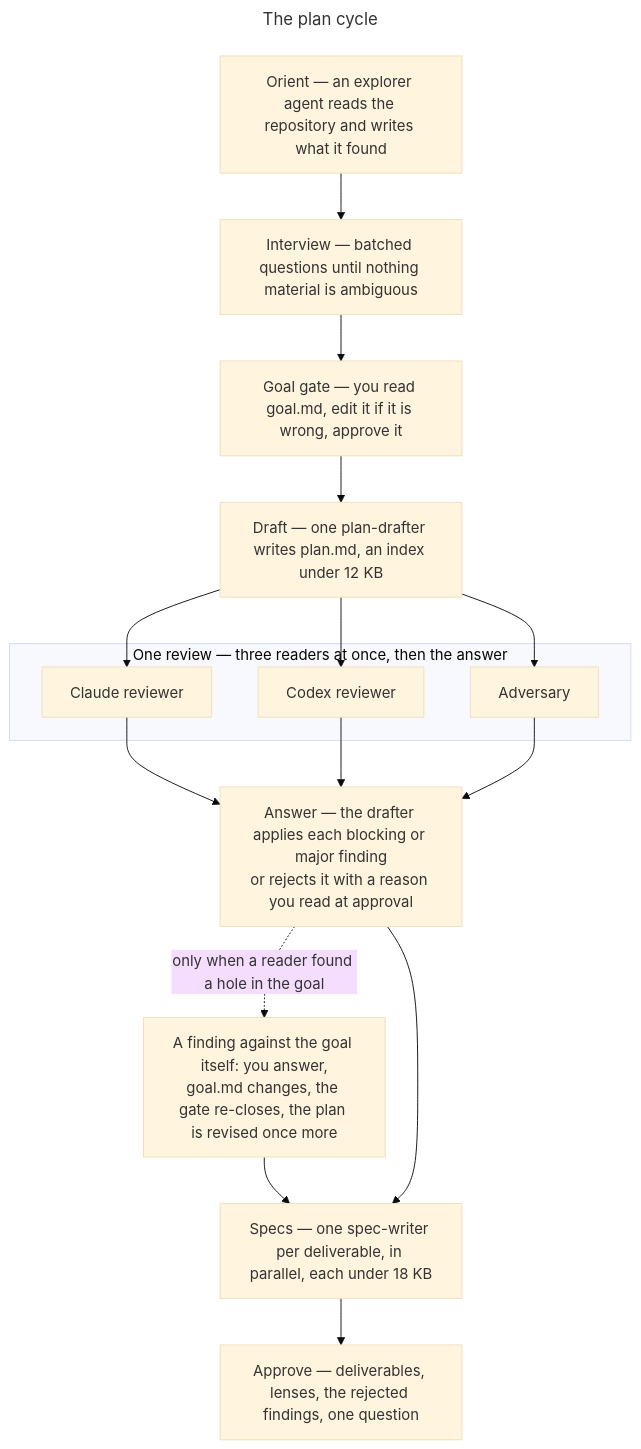
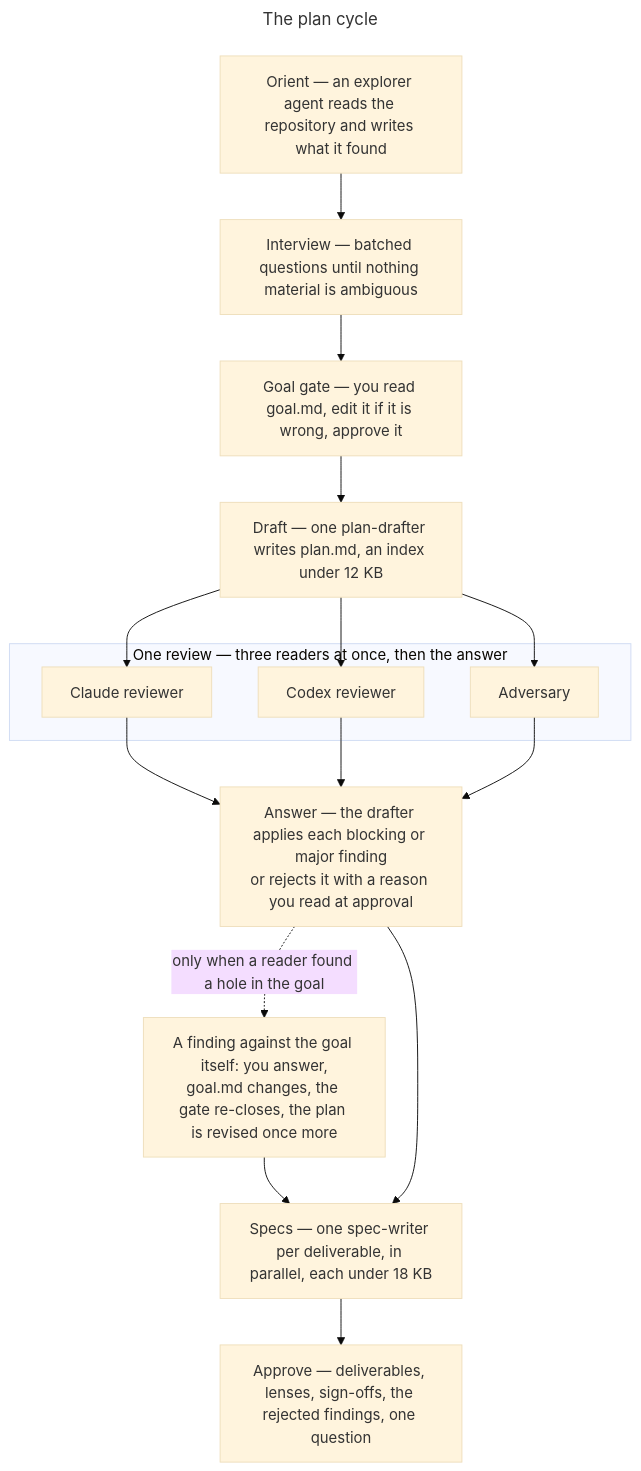
One commit to Smiley73/tagteam changed the second of 4 diagrams in README.md. Above: the diagram before and after it, drawn with Mermaid (base theme). The commit also changed other lines of this file and 15 other files, not shown here.

````diff
--- a/README.md
+++ b/README.md
@@ -79,36 +79,36 @@
 ```mermaid
 ---
 title: The plan cycle
 ---
 flowchart TD
     orient["Orient — an explorer agent reads the repository and writes what it found"]
     interview["Interview — batched questions until nothing material is ambiguous"]
     goal["Goal gate — you read goal.md, edit it if it is wrong, approve it"]
     draft["Draft — one plan-drafter writes plan.md, an index under 12 KB"]
     claude["Claude reviewer"]
     codex["Codex reviewer"]
     adversary["Adversary"]
     answer["Answer — the drafter applies each blocking or major finding<br>or rejects it with a reason you read at approval"]
     owner["A finding against the goal itself: you answer,<br>goal.md changes, the gate re-closes, the plan is revised once more"]
     specs["Specs — one spec-writer per deliverable, in parallel, each under 18 KB"]
-    approve["Approve — deliverables, lenses, the rejected findings, one question"]
+    approve["Approve — deliverables, lenses, sign-offs, the rejected findings, one question"]
 
     orient --> interview
     interview --> goal
     goal --> draft
     subgraph review["One review — three readers at once, then the answer"]
         claude
         codex
         adversary
     end
     draft --> claude
     draft --> codex
     draft --> adversary
     claude --> answer
     codex --> answer
     adversary --> answer
     answer -. "only when a reader found a hole in the goal" .-> owner
     owner --> specs
     answer --> specs
     specs --> approve
 ```
````
